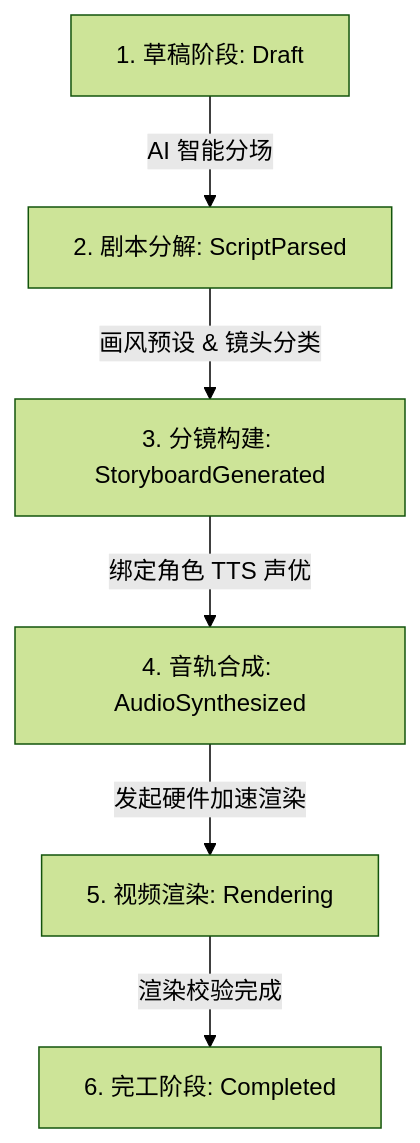
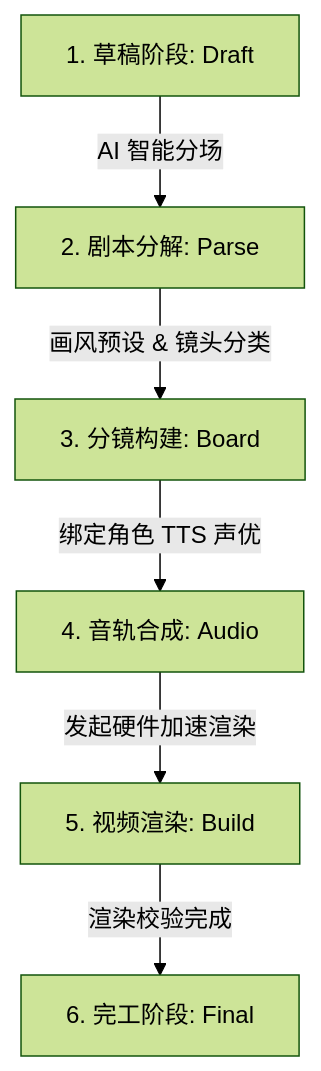
Before and after one commit to Agions/frame-forge: the diagram in docs/user-guide/workflow-overview.md, drawn with Mermaid (forest theme). The commit also changed other lines of this file and 16 other files, not shown here.

Commit message:
refactor(workflow): standardize all WorkflowStage names to 5-letter words (Draft, Parse, Board, Audio, Build, Final)

````diff
--- a/docs/user-guide/workflow-overview.md
+++ b/docs/user-guide/workflow-overview.md
@@ -9,8 +9,8 @@
 ```mermaid
 graph TD
-    S1[1. 草稿阶段: Draft] -->|AI 智能分场| S2[2. 剧本分解: ScriptParsed]
-    S2 -->|画风预设 & 镜头分类| S3[3. 分镜构建: StoryboardGenerated]
-    S3 -->|绑定角色 TTS 声优| S4[4. 音轨合成: AudioSynthesized]
-    S4 -->|发起硬件加速渲染| S5[5. 视频渲染: Rendering]
-    S5 -->|渲染校验完成| S6[6. 完工阶段: Completed]
+    S1[1. 草稿阶段: Draft] -->|AI 智能分场| S2[2. 剧本分解: Parse]
+    S2 -->|画风预设 & 镜头分类| S3[3. 分镜构建: Board]
+    S3 -->|绑定角色 TTS 声优| S4[4. 音轨合成: Audio]
+    S4 -->|发起硬件加速渲染| S5[5. 视频渲染: Build]
+    S5 -->|渲染校验完成| S6[6. 完工阶段: Final]
 ```
````
